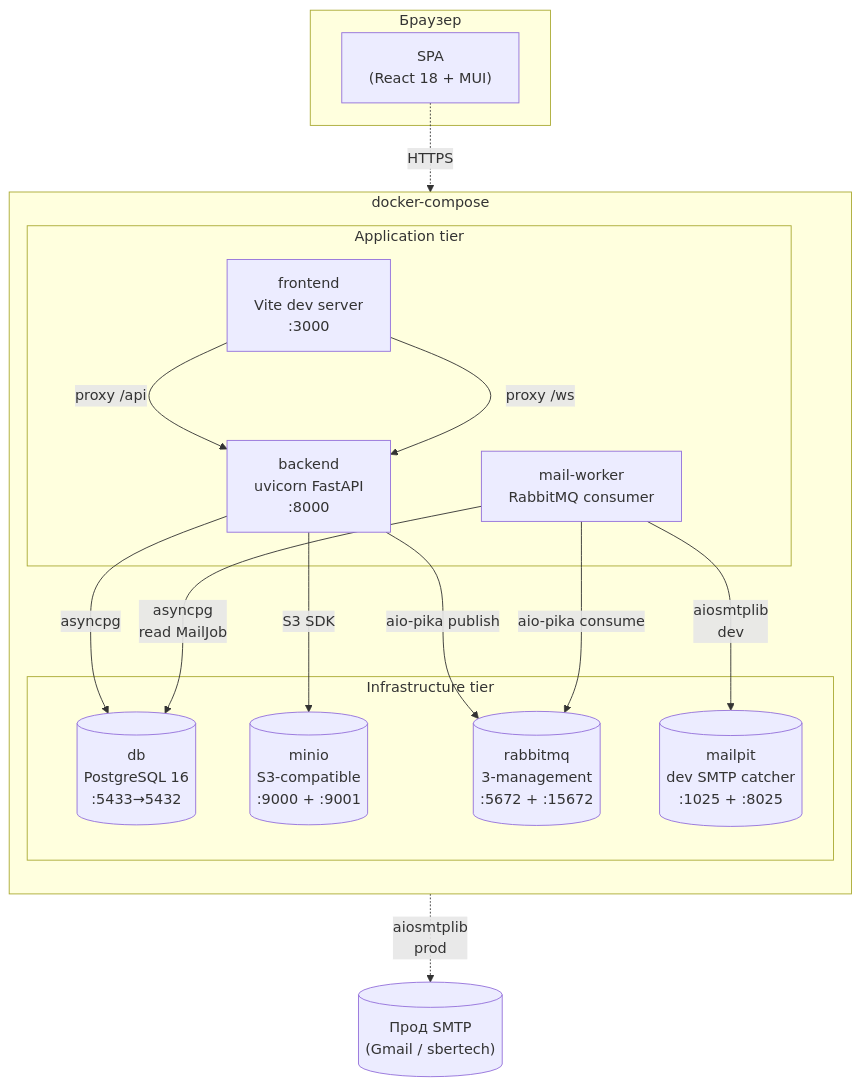
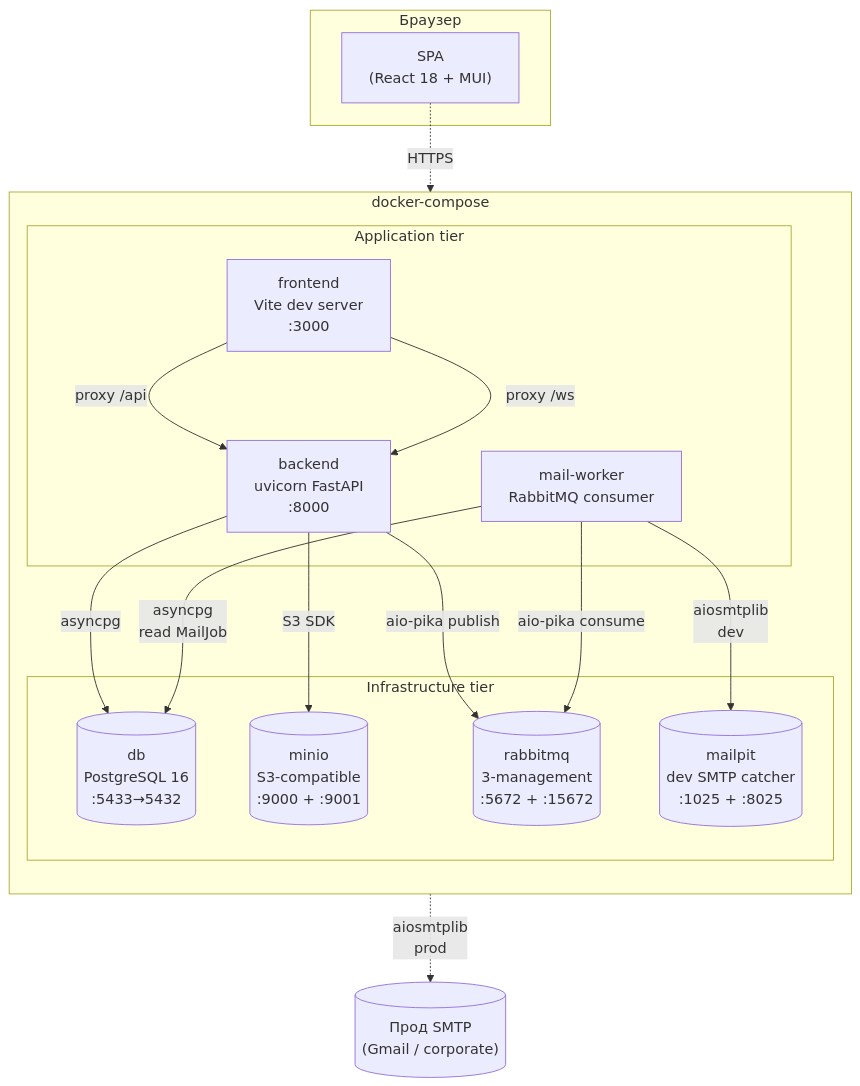
The second of 20 diagrams in docs/ARCH_DIAGRAMS.md (nkolomiika/FROST), drawn with Mermaid before and after one commit. The commit also changed other lines of this file and 280 other files, not shown here.

````diff
--- a/docs/ARCH_DIAGRAMS.md
+++ b/docs/ARCH_DIAGRAMS.md
@@ -45,38 +43,38 @@
 ```mermaid
 flowchart TB
     subgraph Browser["Браузер"]
         ClientApp["SPA<br/>(React 18 + MUI)"]
     end
 
     subgraph Compose["docker-compose"]
         direction TB
 
         subgraph App["Application tier"]
             Frontend["frontend<br/>Vite dev server<br/>:3000"]
             Backend["backend<br/>uvicorn FastAPI<br/>:8000"]
             MailWorker["mail-worker<br/>RabbitMQ consumer"]
         end
 
         subgraph Infra["Infrastructure tier"]
             Postgres[("db<br/>PostgreSQL 16<br/>:5433→5432")]
             MinIO[("minio<br/>S3-compatible<br/>:9000 + :9001")]
             Rabbit[("rabbitmq<br/>3-management<br/>:5672 + :15672")]
             Mailpit[("mailpit<br/>dev SMTP catcher<br/>:1025 + :8025")]
         end
     end
 
-    ExternalSMTP[("Прод SMTP<br/>(Gmail / sbertech)")]
+    ExternalSMTP[("Прод SMTP<br/>(Gmail / corporate)")]
 
     ClientApp -.->|HTTPS| Frontend
     Frontend -->|proxy /api| Backend
     Frontend -->|proxy /ws| Backend
 
     Backend -->|asyncpg| Postgres
     Backend -->|S3 SDK| MinIO
     Backend -->|aio-pika publish| Rabbit
 
     MailWorker -->|aio-pika consume| Rabbit
     MailWorker -->|asyncpg<br/>read MailJob| Postgres
     MailWorker -->|aiosmtplib<br/>dev| Mailpit
     MailWorker -.->|aiosmtplib<br/>prod| ExternalSMTP
 ```
````
